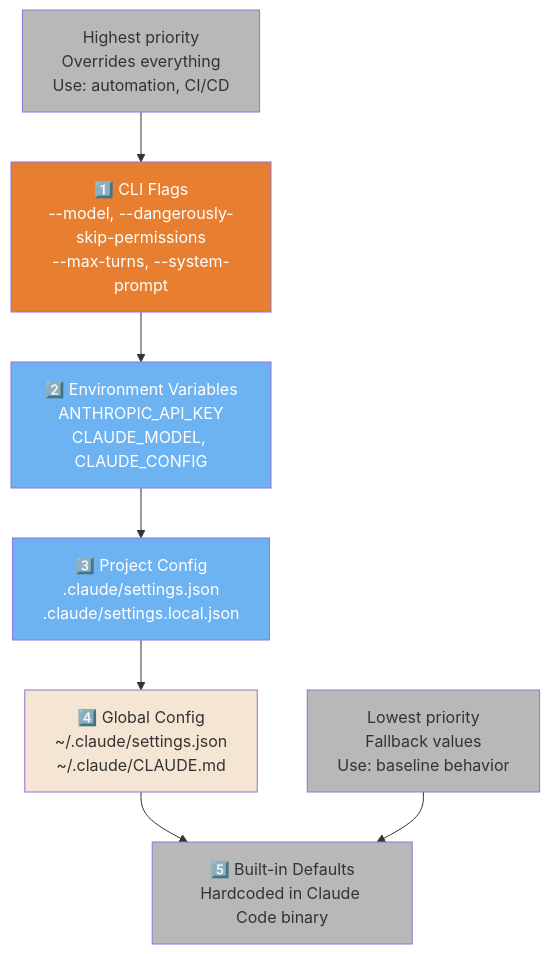
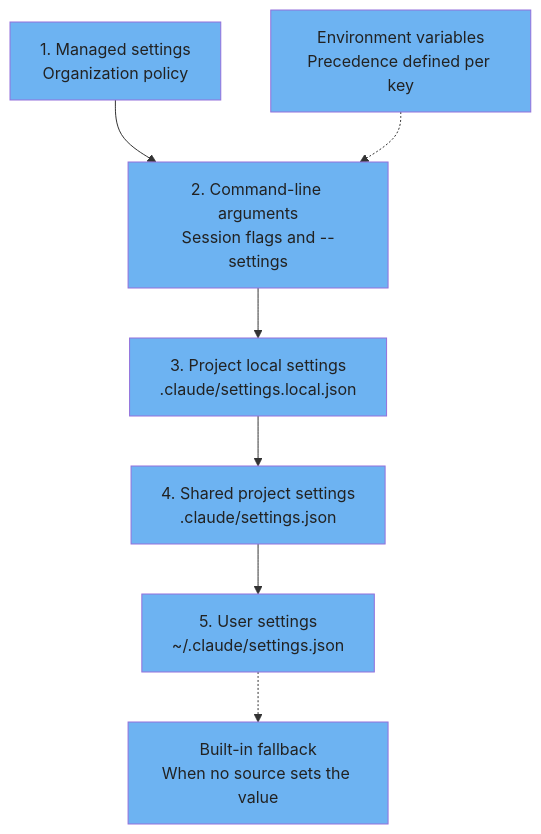
Before and after one commit to FlorianBruniaux/claude-code-ultimate-guide: the first of 4 diagrams in guide/diagrams/03-configuration-system.md, drawn with Mermaid. The commit also changed other lines of this file and 17 other files, not shown here.

Commit message:
docs: refresh all diagrams and correct their source guidance

````diff
--- a/guide/diagrams/03-configuration-system.md
+++ b/guide/diagrams/03-configuration-system.md
@@ -17,26 +17,23 @@
 ```mermaid
 flowchart TD
-    A["1️⃣ CLI Flags<br/>--model, --dangerously-skip-permissions<br/>--max-turns, --system-prompt"] --> B["2️⃣ Environment Variables<br/>ANTHROPIC_API_KEY<br/>CLAUDE_MODEL, CLAUDE_CONFIG"]
-    B --> C["3️⃣ Project Config<br/>.claude/settings.json<br/>.claude/settings.local.json"]
-    C --> D["4️⃣ Global Config<br/>~/.claude/settings.json<br/>~/.claude/CLAUDE.md"]
-    D --> E["5️⃣ Built-in Defaults<br/>Hardcoded in Claude Code binary"]
-
-    A1["Highest priority<br/>Overrides everything<br/>Use: automation, CI/CD"] --> A
-    E1["Lowest priority<br/>Fallback values<br/>Use: baseline behavior"] --> E
-
-    style A fill:#E87E2F,color:#fff
-    style B fill:#6DB3F2,color:#fff
-    style C fill:#6DB3F2,color:#fff
-    style D fill:#F5E6D3,color:#333
-    style E fill:#B8B8B8,color:#333
-    style A1 fill:#B8B8B8,color:#333
-    style E1 fill:#B8B8B8,color:#333
-
-    click A href "https://github.com/FlorianBruniaux/claude-code-ultimate-guide/blob/main/guide/ultimate-guide.md#34-precedence-rules" "CLI Flags — highest priority"
-    click B href "https://github.com/FlorianBruniaux/claude-code-ultimate-guide/blob/main/guide/ultimate-guide.md#33-settings--permissions" "Environment Variables"
-    click C href "https://github.com/FlorianBruniaux/claude-code-ultimate-guide/blob/main/guide/ultimate-guide.md#33-settings--permissions" "Project Config"
-    click D href "https://github.com/FlorianBruniaux/claude-code-ultimate-guide/blob/main/guide/ultimate-guide.md#31-memory-files-claudemd" "Global Config"
-    click E href "https://github.com/FlorianBruniaux/claude-code-ultimate-guide/blob/main/guide/ultimate-guide.md#34-precedence-rules" "Built-in Defaults"
-    click A1 href "https://github.com/FlorianBruniaux/claude-code-ultimate-guide/blob/main/guide/ultimate-guide.md#34-precedence-rules" "Highest priority"
-    click E1 href "https://github.com/FlorianBruniaux/claude-code-ultimate-guide/blob/main/guide/ultimate-guide.md#34-precedence-rules" "Lowest priority"
+    A[1. Managed settings<br/>Organization policy] --> B[2. Command-line arguments<br/>Session flags and --settings]
+    B --> C[3. Project local settings<br/>.claude/settings.local.json]
+    C --> D[4. Shared project settings<br/>.claude/settings.json]
+    D --> E[5. User settings<br/>~/.claude/settings.json]
+    E -.-> FALL[Built-in fallback<br/>When no source sets the value]
+    ENV[Environment variables<br/>Precedence defined per key] -.-> B
+    style A fill:#6DB3F2,color:#222
+    click A href "https://github.com/FlorianBruniaux/claude-code-ultimate-guide/blob/main/guide/ultimate-guide.md#34-precedence-rules" "Precedence rules"
+    style B fill:#6DB3F2,color:#222
+    click B href "https://github.com/FlorianBruniaux/claude-code-ultimate-guide/blob/main/guide/ultimate-guide.md#34-precedence-rules" "Precedence rules"
+    style C fill:#6DB3F2,color:#222
+    click C href "https://github.com/FlorianBruniaux/claude-code-ultimate-guide/blob/main/guide/ultimate-guide.md#34-precedence-rules" "Precedence rules"
+    style D fill:#6DB3F2,color:#222
+    click D href "https://github.com/FlorianBruniaux/claude-code-ultimate-guide/blob/main/guide/ultimate-guide.md#34-precedence-rules" "Precedence rules"
+    style E fill:#6DB3F2,color:#222
+    click E href "https://github.com/FlorianBruniaux/claude-code-ultimate-guide/blob/main/guide/ultimate-guide.md#34-precedence-rules" "Precedence rules"
+    style FALL fill:#6DB3F2,color:#222
+    click FALL href "https://github.com/FlorianBruniaux/claude-code-ultimate-guide/blob/main/guide/ultimate-guide.md#34-precedence-rules" "Precedence rules"
+    style ENV fill:#6DB3F2,color:#222
+    click ENV href "https://github.com/FlorianBruniaux/claude-code-ultimate-guide/blob/main/guide/ultimate-guide.md#34-precedence-rules" "Precedence rules"
 ```
````
